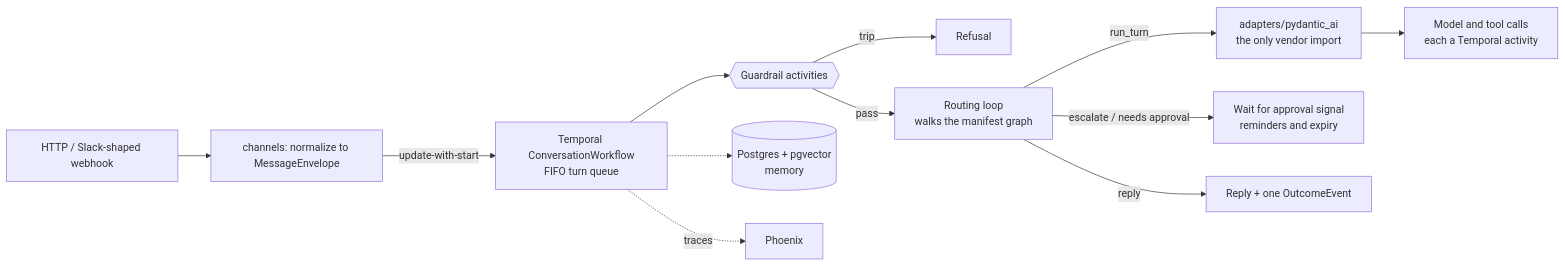
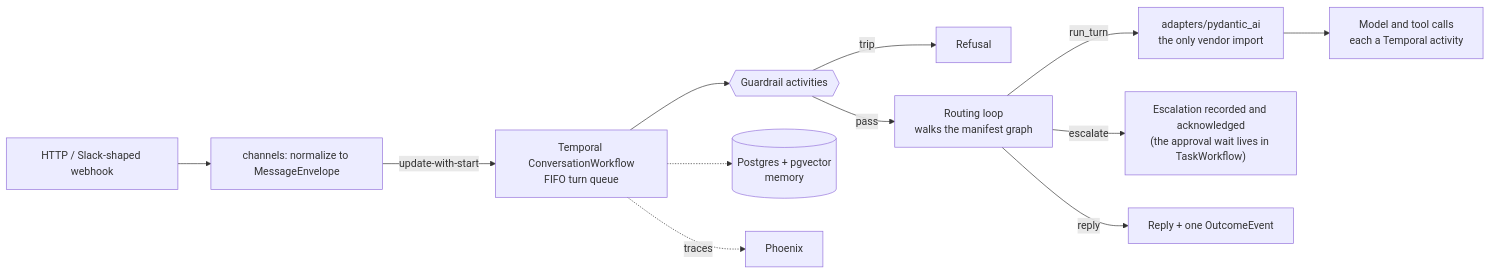
Before and after one commit to aidaploco/agent-chassis: the diagram in README.md, drawn with Mermaid. The commit also changed other lines of this file and 4 other files, not shown here.

````diff
--- a/README.md
+++ b/README.md
@@ -21,14 +21,14 @@
 ```mermaid
 flowchart LR
     IN["HTTP / Slack-shaped webhook"] --> CH["channels: normalize to MessageEnvelope"]
     CH -->|"update-with-start"| WF["Temporal ConversationWorkflow<br/>FIFO turn queue"]
     WF --> GR{{"Guardrail activities"}}
     GR -->|trip| REF["Refusal"]
     GR -->|pass| RT["Routing loop<br/>walks the manifest graph"]
     RT -->|"run_turn"| AD["adapters/pydantic_ai<br/>the only vendor import"]
     AD --> ACT["Model and tool calls<br/>each a Temporal activity"]
-    RT -->|"escalate / needs approval"| HU["Wait for approval signal<br/>reminders and expiry"]
+    RT -->|escalate| HU["Escalation recorded and acknowledged<br/>(the approval wait lives in TaskWorkflow)"]
     RT -->|reply| OUT["Reply + one OutcomeEvent"]
     WF -.-> PG[("Postgres + pgvector<br/>memory")]
     WF -.traces.-> PX["Phoenix"]
 ```
````
